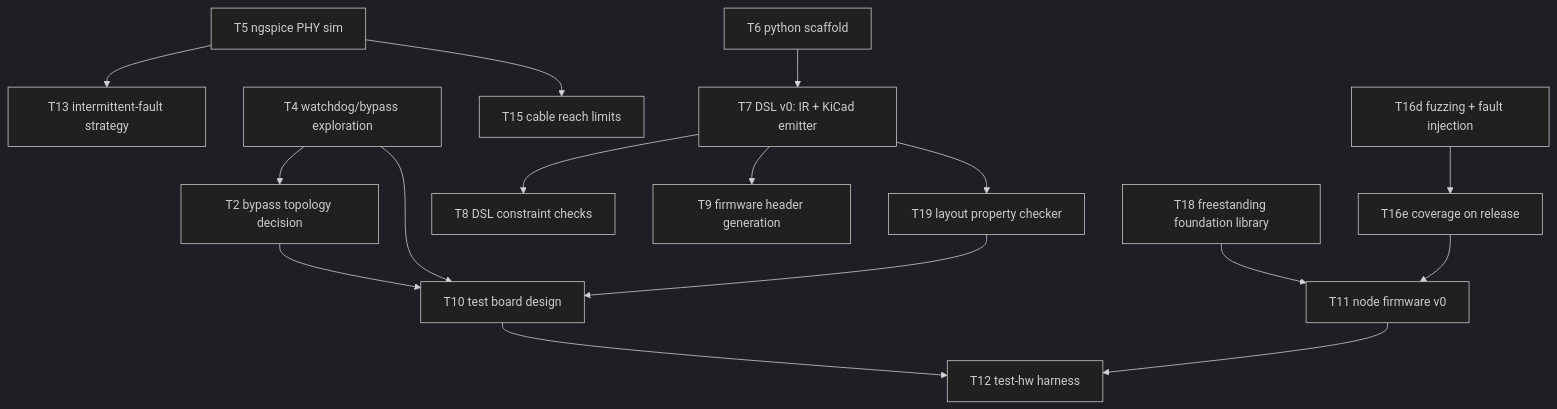
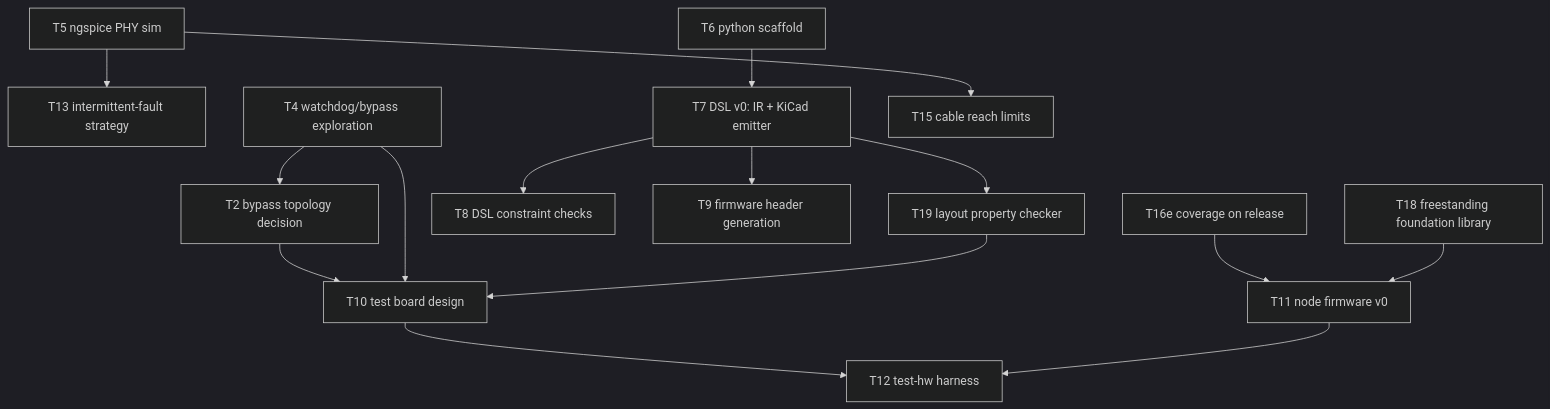
Before and after one commit to kristofferkoch/oparroy: the diagram in KANBAN.md, drawn with Mermaid (dark theme). The commit also changed other lines of this file and 19 other files, not shown here.

````diff
--- a/KANBAN.md
+++ b/KANBAN.md
@@ -34,18 +34,17 @@
 ```mermaid
 graph TD
     T5[T5 ngspice PHY sim] --> T13[T13 intermittent-fault strategy]
     T4[T4 watchdog/bypass exploration] --> T2[T2 bypass topology decision]
     T2 --> T10[T10 test board design]
     T4 --> T10
     T19 --> T10
     T6[T6 python scaffold] --> T7[T7 DSL v0: IR + KiCad emitter]
     T7 --> T8[T8 DSL constraint checks]
     T7 --> T9[T9 firmware header generation]
     T7 --> T19[T19 layout property checker]
     T10 --> T12[T12 test-hw harness]
     T11 --> T12
     T5 --> T15[T15 cable reach limits]
-    T16d[T16d fuzzing + fault injection] --> T16e[T16e coverage on release]
-    T16e --> T11[T11 node firmware v0]
+    T16e[T16e coverage on release] --> T11[T11 node firmware v0]
     T18[T18 freestanding foundation library] --> T11
 ```
````
